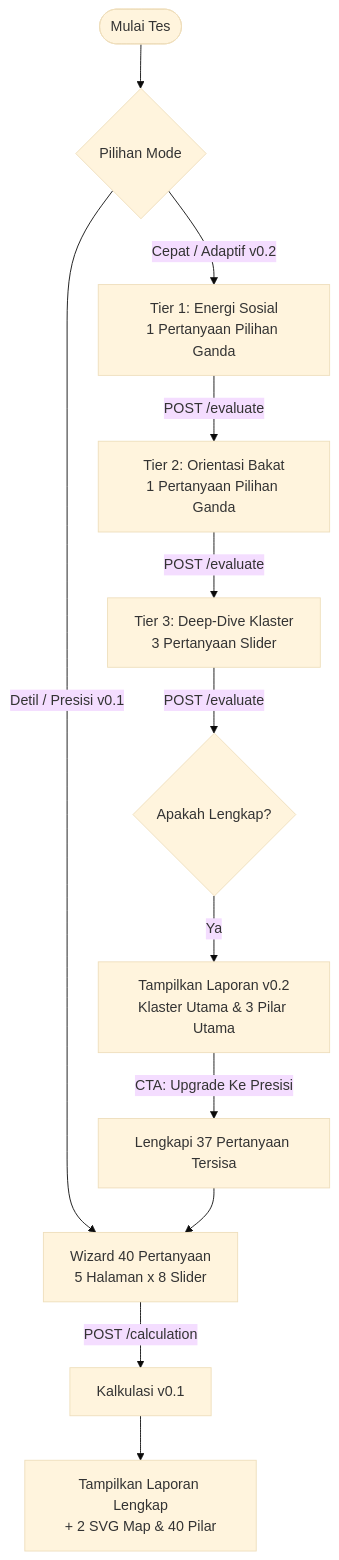
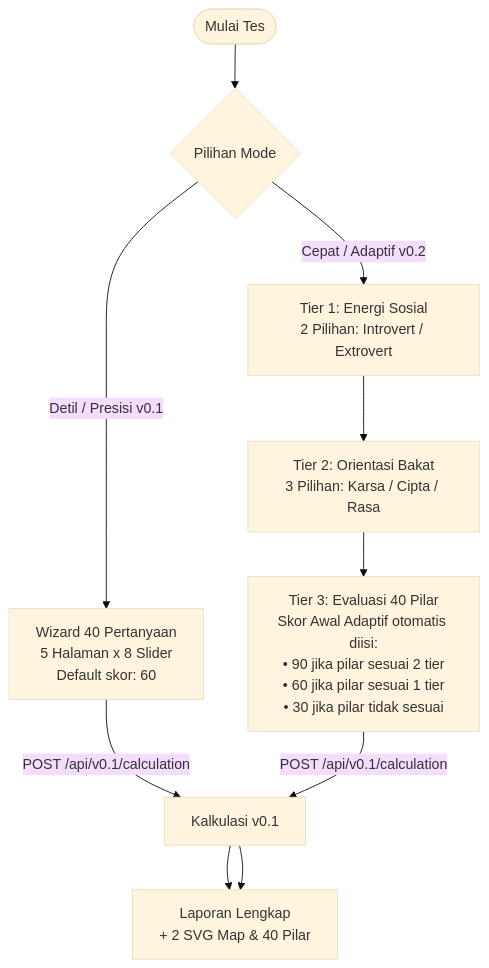
Before and after one commit to Yayasan-Bina-Insan-Mustaqbal/tb40-fe: the diagram in devguide/v0.2-implementation-guide.md, drawn with Mermaid (base theme). The commit also changed other lines of this file and 7 other files, not shown here.

Commit message:
feat: implement v0.2 Short Version assessment and symmetrical butterfly chart with ECharts

````diff
--- a/devguide/v0.2-implementation-guide.md
+++ b/devguide/v0.2-implementation-guide.md
@@ -13,19 +36,16 @@
 ```mermaid
 graph TD
     Start([Mulai Tes]) --> ModeCheck{Pilihan Mode}
     
     %% Alur v0.1
-    ModeCheck -->|Detil / Presisi v0.1| LinearWizard[Wizard 40 Pertanyaan\n5 Halaman x 8 Slider]
-    LinearWizard -->|POST /calculation| CalculateV1[Kalkulasi v0.1]
-    CalculateV1 --> ShowFullResult[Tampilkan Laporan Lengkap\n+ 2 SVG Map & 40 Pilar]
+    ModeCheck -->|Detil / Presisi v0.1| LinearWizard[Wizard 40 Pertanyaan\n5 Halaman x 8 Slider\nDefault skor: 60]
+    LinearWizard -->|POST /api/v0.1/calculation| CalculateV1[Kalkulasi v0.1]
+    CalculateV1 --> ShowFullResult[Laporan Lengkap\n+ 2 SVG Map & 40 Pilar]
     
     %% Alur v0.2
-    ModeCheck -->|Cepat / Adaptif v0.2| Tier1[Tier 1: Energi Sosial\n1 Pertanyaan Pilihan Ganda]
-    Tier1 -->|POST /evaluate| Tier2[Tier 2: Orientasi Bakat\n1 Pertanyaan Pilihan Ganda]
-    Tier2 -->|POST /evaluate| Tier3[Tier 3: Deep-Dive Klaster\n3 Pertanyaan Slider]
-    Tier3 -->|POST /evaluate| ResultCheck{Apakah Lengkap?}
-    
-    ResultCheck -->|Ya| ShowGroupResult[Tampilkan Laporan v0.2\nKlaster Utama & 3 Pilar Utama]
-    ShowGroupResult -->|CTA: Upgrade Ke Presisi| UpgradeToV4[Lengkapi 37 Pertanyaan Tersisa]
-    UpgradeToV4 --> LinearWizard
+    ModeCheck -->|Cepat / Adaptif v0.2| Tier1[Tier 1: Energi Sosial\n2 Pilihan: Introvert / Extrovert]
+    Tier1 --> Tier2[Tier 2: Orientasi Bakat\n3 Pilihan: Karsa / Cipta / Rasa]
+    Tier2 --> Tier3[Tier 3: Evaluasi 40 Pilar\nSkor Awal Adaptif otomatis diisi:\n• 90 jika pilar sesuai 2 tier\n• 60 jika pilar sesuai 1 tier\n• 30 jika pilar tidak sesuai]
+    Tier3 -->|POST /api/v0.1/calculation| CalculateV1
+    CalculateV1 --> ShowFullResult
 ```
````
